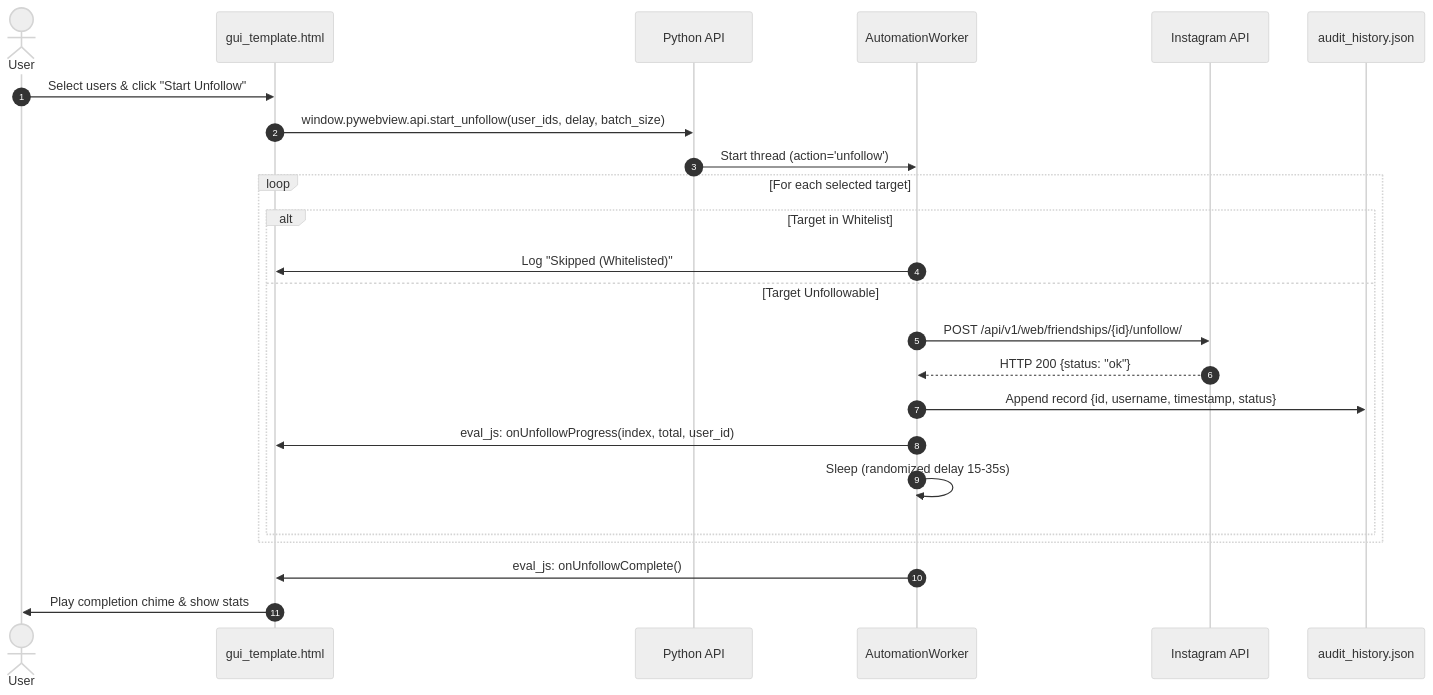
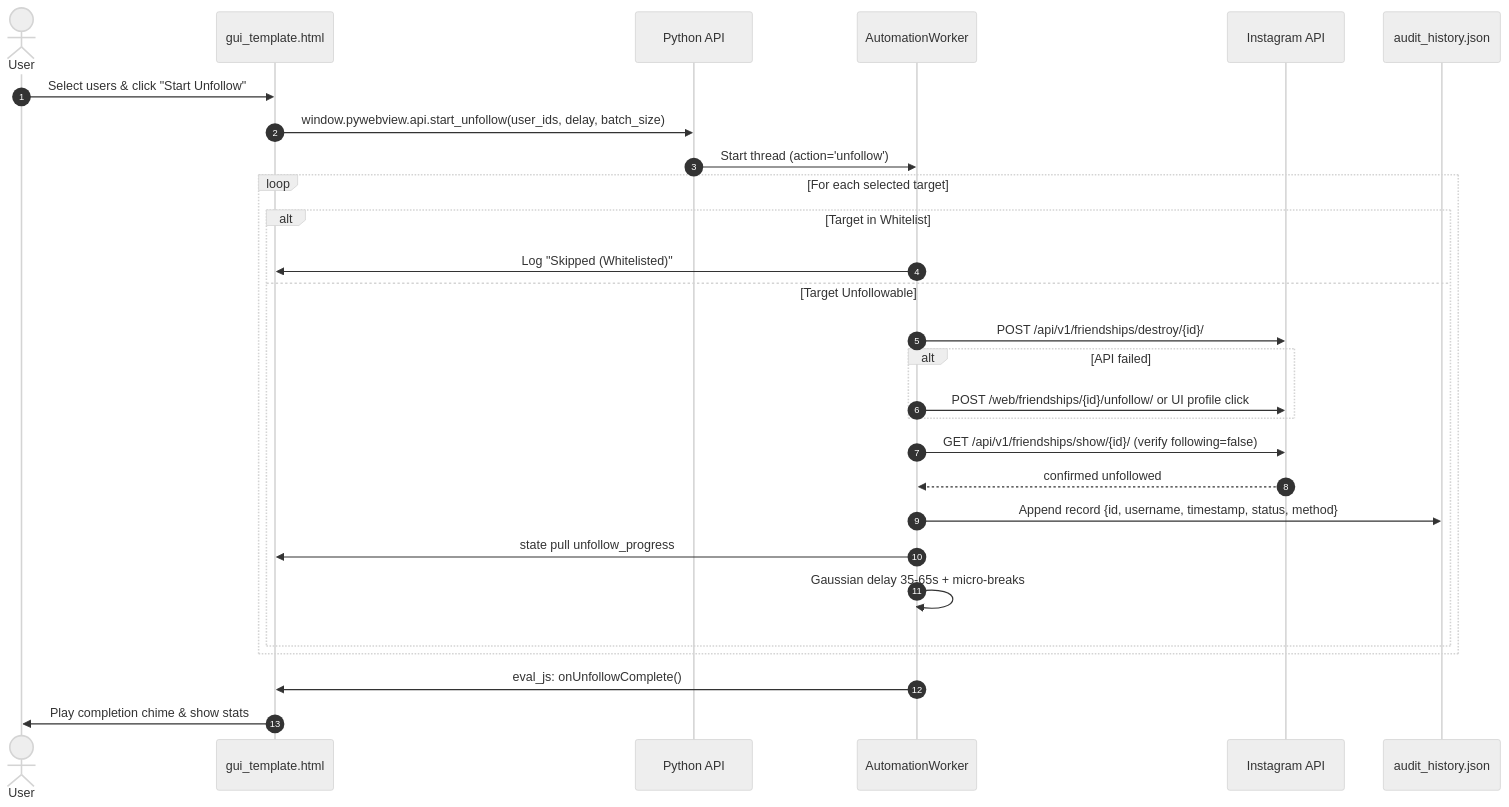
Before and after one commit to ZXD44/UnfollowX: the third of 3 diagrams in .agent/ARCHITECTURE.md, drawn with Mermaid (neutral theme). The commit also changed other lines of this file and 16 other files, not shown here.

````diff
--- a/.agent/ARCHITECTURE.md
+++ b/.agent/ARCHITECTURE.md
@@ -118,29 +136,33 @@
 ```mermaid
 sequenceDiagram
     autonumber
     actor User
     participant UI as gui_template.html
     participant API as Python API
     participant Worker as AutomationWorker
     participant IG as Instagram API
     participant Audit as audit_history.json
 
     User->>UI: Select users & click "Start Unfollow"
     UI->>API: window.pywebview.api.start_unfollow(user_ids, delay, batch_size)
     API->>Worker: Start thread (action='unfollow')
     
     loop For each selected target
         alt Target in Whitelist
             Worker->>UI: Log "Skipped (Whitelisted)"
         else Target Unfollowable
-            Worker->>IG: POST /api/v1/web/friendships/{id}/unfollow/
-            IG-->>Worker: HTTP 200 {status: "ok"}
-            Worker->>Audit: Append record {id, username, timestamp, status}
-            Worker->>UI: eval_js: onUnfollowProgress(index, total, user_id)
-            Worker->>Worker: Sleep (randomized delay 15-35s)
+            Worker->>IG: POST /api/v1/friendships/destroy/{id}/
+            alt API failed
+                Worker->>IG: POST /web/friendships/{id}/unfollow/ or UI profile click
+            end
+            Worker->>IG: GET /api/v1/friendships/show/{id}/ (verify following=false)
+            IG-->>Worker: confirmed unfollowed
+            Worker->>Audit: Append record {id, username, timestamp, status, method}
+            Worker->>UI: state pull unfollow_progress
+            Worker->>Worker: Gaussian delay 35-65s + micro-breaks
         end
     end
 
     Worker->>UI: eval_js: onUnfollowComplete()
     UI->>User: Play completion chime & show stats
 ```
````
